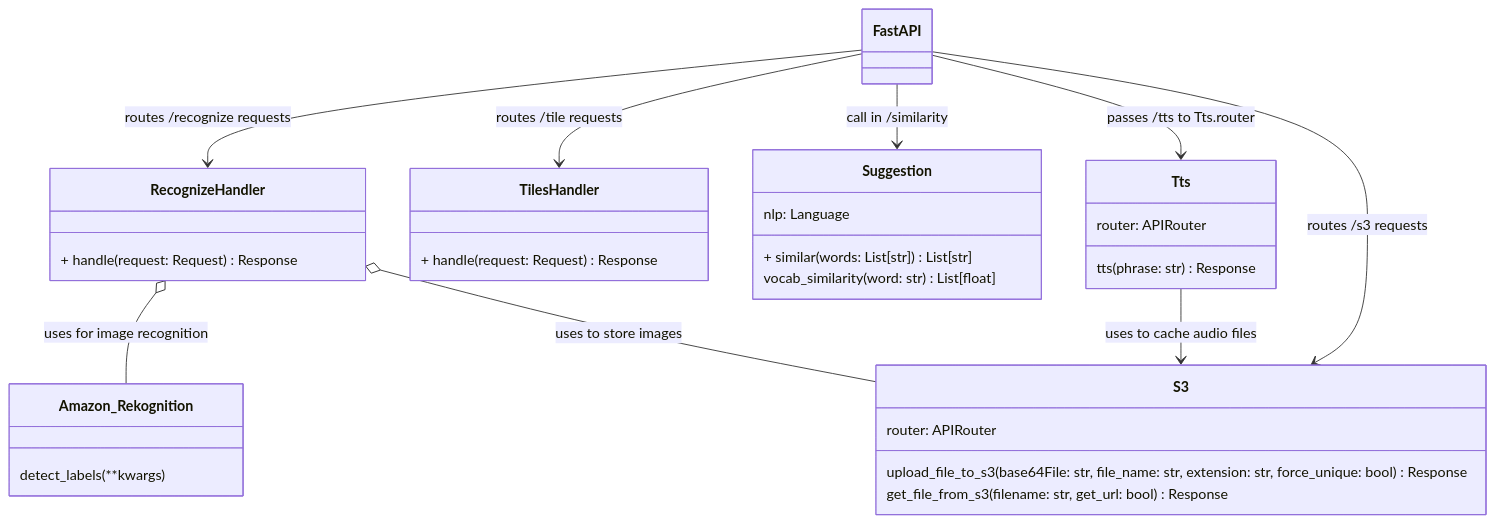
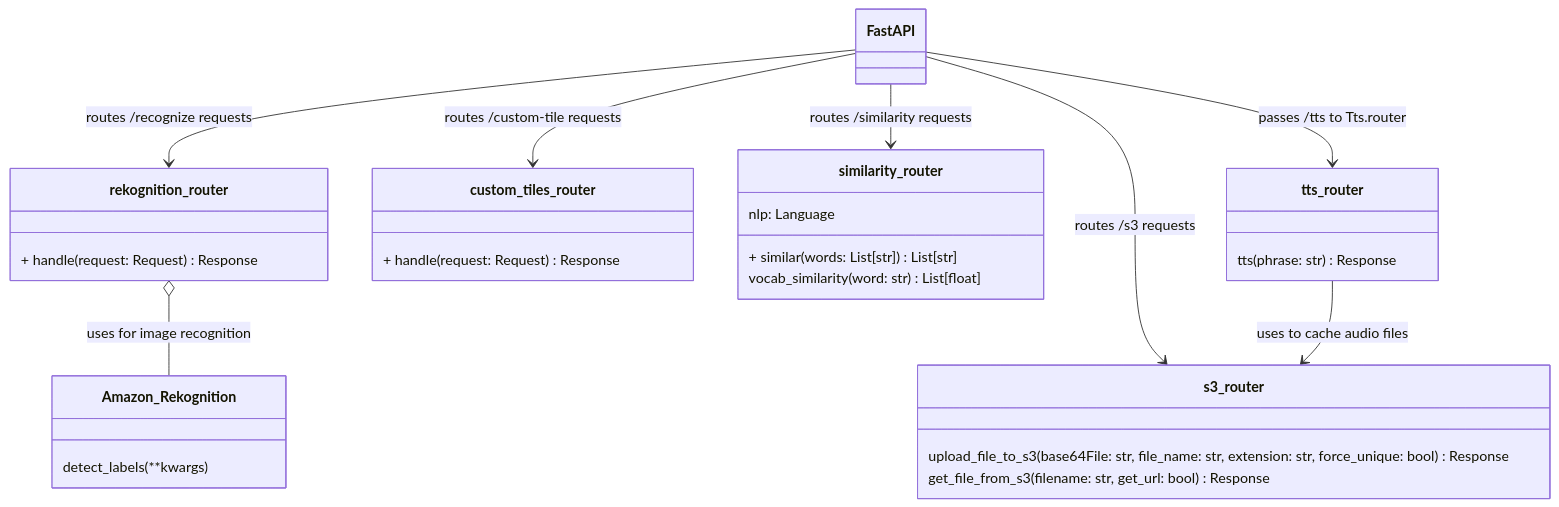
One commit to Capstone-Projects-2023-Fall/project-smartspeech changed the diagram in documentation/docs/system-architecture/Backend UML.md. Above: the diagram before and after it, drawn with Mermaid. The commit also changed other lines of this file and 2 other files, not shown here.

Commit message:
Updates UML diagrams

````diff
--- a/documentation/docs/system-architecture/Backend UML.md
+++ b/documentation/docs/system-architecture/Backend UML.md
@@ -9,47 +9,43 @@
 ```mermaid
 classDiagram
   class FastAPI {
-    
+
   }
 
-  class RecognizeHandler {
+  class rekognition_router {
     + handle(request: Request) Response
   }
 
-  class TilesHandler {
+  class custom_tiles_router {
     + handle(request: Request) Response
   }
 
 
   class Amazon_Rekognition {
     detect_labels(**kwargs)
   }
 
-  class Suggestion {
+  class similarity_router {
     nlp: Language
     + similar(words: List[str]) List[str]
     vocab_similarity(word: str) List[float]
   }
 
-  class Tts {
-    router: APIRouter
+  class tts_router {
     tts(phrase: str) Response
   }
 
-  class S3 {
-    router: APIRouter
+  class s3_router {
     upload_file_to_s3(base64File: str, file_name: str, extension: str, force_unique: bool) Response
     get_file_from_s3(filename: str, get_url: bool) Response
   }
 
-  FastAPI --> RecognizeHandler: routes /recognize requests
-  FastAPI --> TilesHandler: routes /tile requests
-  FastAPI --> Suggestion: call in /similarity
-  FastAPI --> Tts: passes /tts to Tts.router
-  FastAPI --> S3: routes /s3 requests
+  FastAPI --> rekognition_router: routes /recognize requests
+  FastAPI --> custom_tiles_router: routes /custom-tile requests
+  FastAPI --> similarity_router: routes /similarity requests
+  FastAPI --> tts_router: passes /tts to Tts.router
+  FastAPI --> s3_router: routes /s3 requests
+  tts_router --> s3_router: uses to cache audio files
 
-  Tts --> S3: uses to cache audio files
-
-  RecognizeHandler o-- Amazon_Rekognition: uses for image recognition 
-  RecognizeHandler o-- S3: uses to store images
+  rekognition_router o-- Amazon_Rekognition: uses for image recognition
 ```
````
